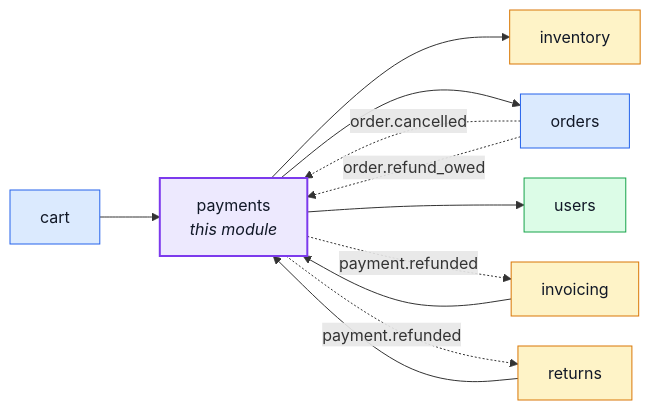
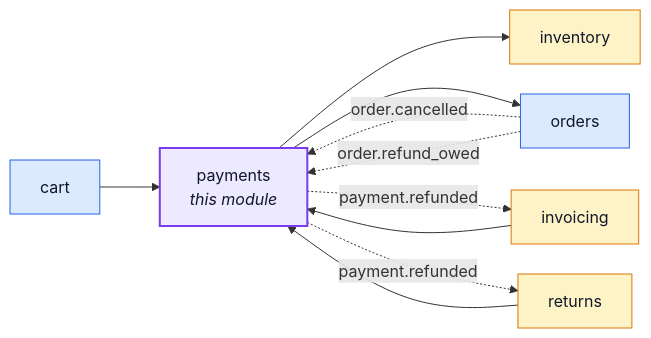
The first of 8 diagrams in docs/modules/payments.md (Guebbit/boilerplate-node-backend), drawn with Mermaid before and after one commit. The commit also changed other lines of this file and 6 other files, not shown here.

First line of the commit message:
refactor(payments): drop the users dependency, the payer is the order's own userId

````diff
--- a/docs/modules/payments.md
+++ b/docs/modules/payments.md
@@ -16,31 +16,28 @@
 ```mermaid
 %%{init: {'flowchart': {'nodeSpacing': 30, 'rankSpacing': 60}}}%%
 flowchart LR
     payments["payments<br/><i>this module</i>"]
     cart["cart"]
     inventory["inventory"]
     invoicing["invoicing"]
     orders["orders"]
     returns["returns"]
-    users["users"]
 
     cart --> payments
     invoicing --> payments
     returns --> payments
     payments --> inventory
     payments --> orders
-    payments --> users
     orders -. "order.cancelled" .-> payments
     orders -. "order.refund_owed" .-> payments
     payments -. "payment.refunded" .-> invoicing
     payments -. "payment.refunded" .-> returns
 
     classDef core fill:#dbeafe,stroke:#2563eb,color:#111827;
     classDef supporting fill:#fef3c7,stroke:#d97706,color:#111827;
     classDef generic fill:#dcfce7,stroke:#16a34a,color:#111827;
     classDef centre fill:#ede9fe,stroke:#7c3aed,stroke-width:2px,color:#111827;
     class cart,orders core;
     class inventory,invoicing,returns supporting;
-    class users generic;
     class payments centre;
 ```
````
